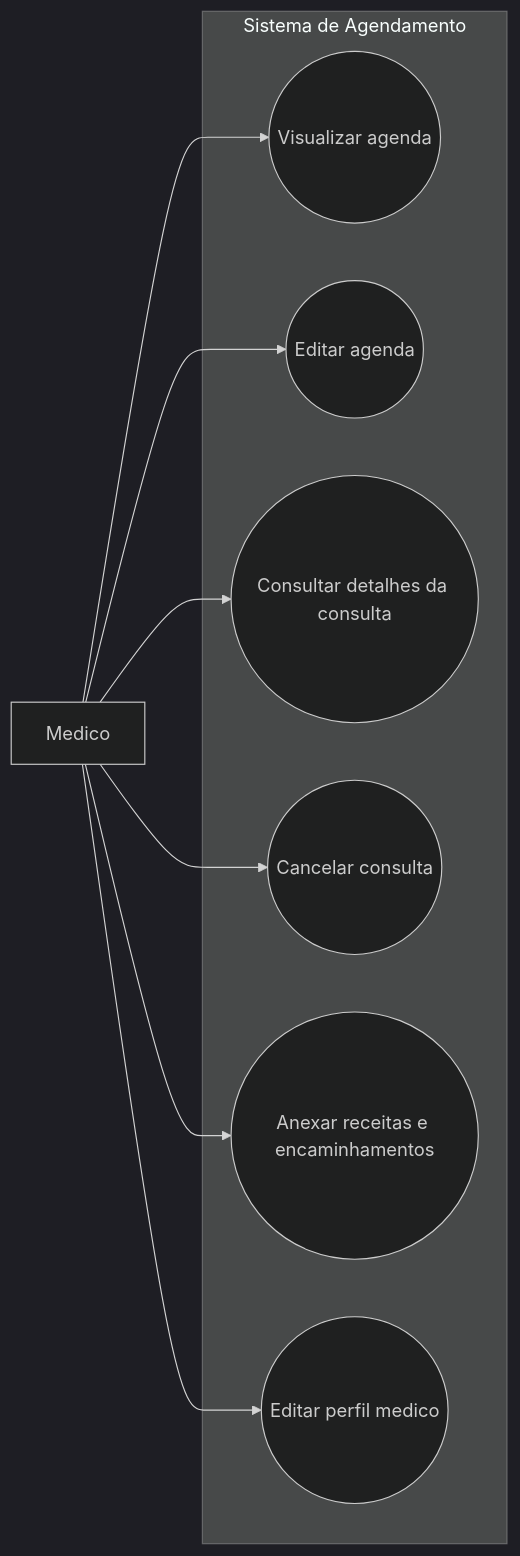
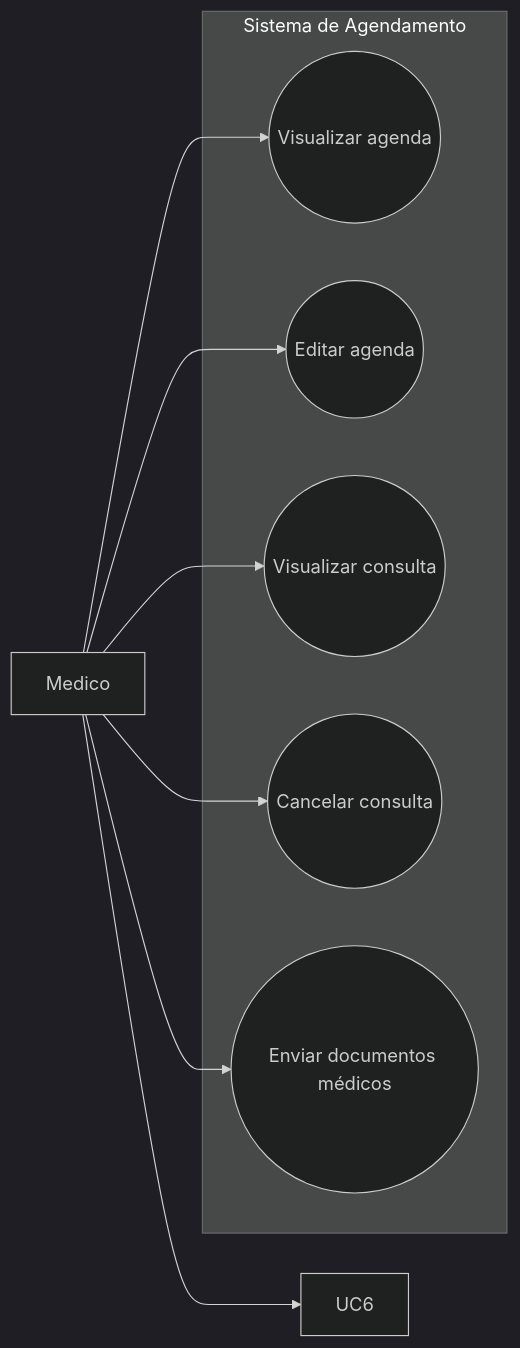
The diagram in docs/casos de uso/medico.md (InsaneCaio/eng-soft-2026-1), drawn with Mermaid (dark theme) before and after one commit. The commit also changed other lines of this file, not shown here.

````diff
--- a/docs/casos de uso/medico.md
+++ b/docs/casos de uso/medico.md
@@ -14,20 +13,19 @@
 ```mermaid
 flowchart LR
     M[Medico]
 
     subgraph Sistema de Agendamento
         UC1((Visualizar agenda))
         UC2((Editar agenda))
-        UC3((Consultar detalhes da consulta))
+        UC3((Visualizar consulta))
         UC4((Cancelar consulta))
-        UC5((Anexar receitas e encaminhamentos))
-        UC6((Editar perfil medico))
+        UC5((Enviar documentos médicos))
     end
 
     M --> UC1
     M --> UC2
     M --> UC3
     M --> UC4
     M --> UC5
     M --> UC6
 ```
````
